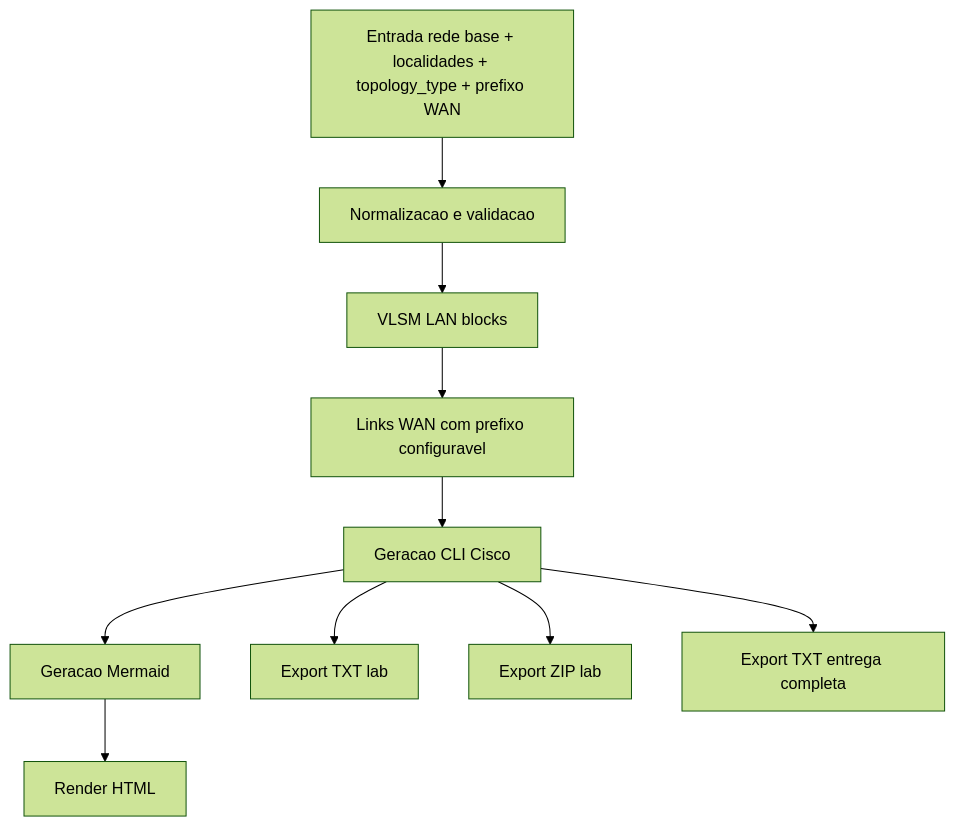
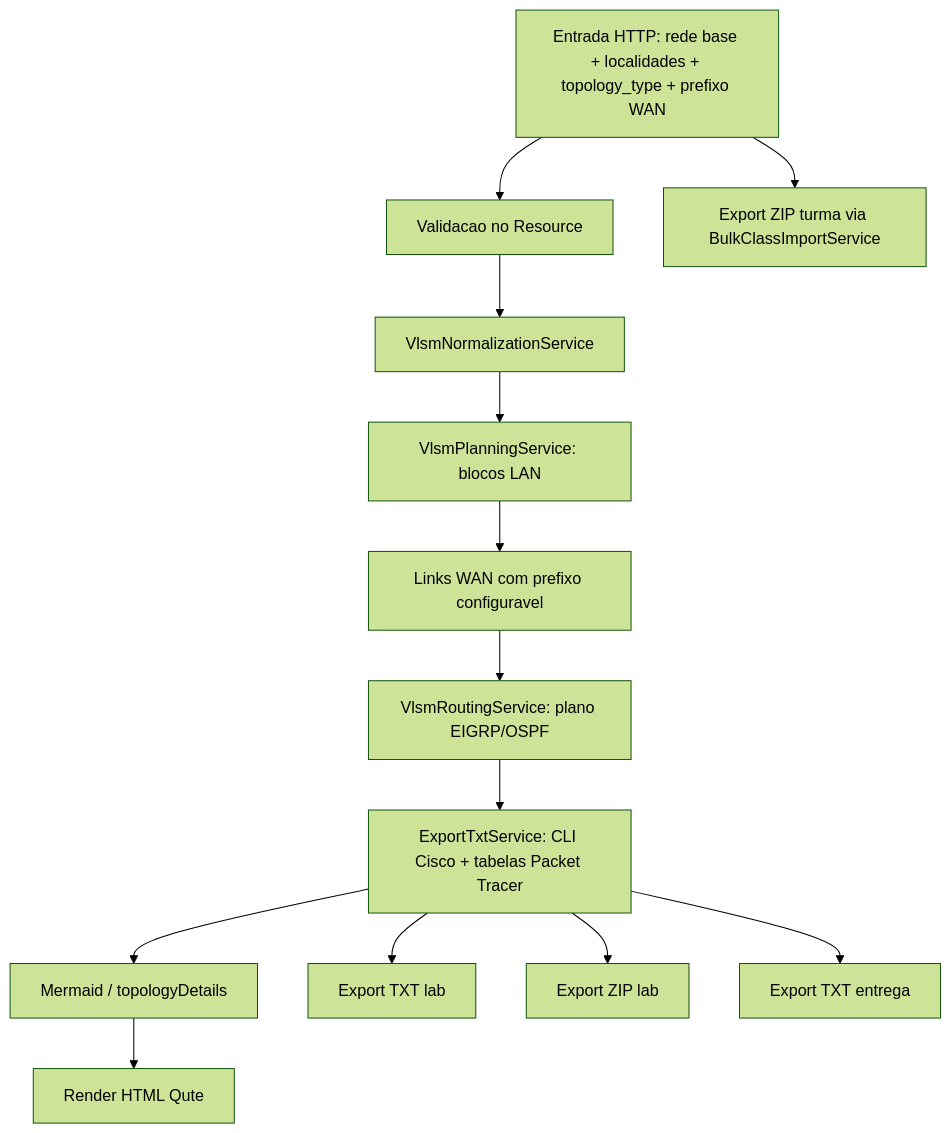
One commit to carmipa/framework-net-java-quarkus changed the second of 6 diagrams in src/main/resources/README.md. Above: the diagram before and after it, drawn with Mermaid (forest theme). The commit also changed other lines of this file and 28 other files, not shown here.

````diff
--- a/src/main/resources/README.md
+++ b/src/main/resources/README.md
@@ -133,12 +195,15 @@
 ```mermaid
 flowchart TD
-    I[Entrada rede base + localidades + topology_type + prefixo WAN] --> N[Normalizacao e validacao]
-    N --> L[VLSM LAN blocks]
+    I[Entrada HTTP: rede base + localidades + topology_type + prefixo WAN] --> V[Validacao no Resource]
+    V --> N[VlsmNormalizationService]
+    N --> L[VlsmPlanningService: blocos LAN]
     L --> W[Links WAN com prefixo configuravel]
-    W --> C[Geracao CLI Cisco]
-    C --> M[Geracao Mermaid]
-    M --> O[Render HTML]
+    W --> R[VlsmRoutingService: plano EIGRP/OSPF]
+    R --> C[ExportTxtService: CLI Cisco + tabelas Packet Tracer]
+    C --> M[Mermaid / topologyDetails]
+    M --> O[Render HTML Qute]
     C --> E1[Export TXT lab]
     C --> E2[Export ZIP lab]
-    C --> E3[Export TXT entrega completa]
+    C --> E3[Export TXT entrega]
+    I --> E4[Export ZIP turma via BulkClassImportService]
 ```
````
